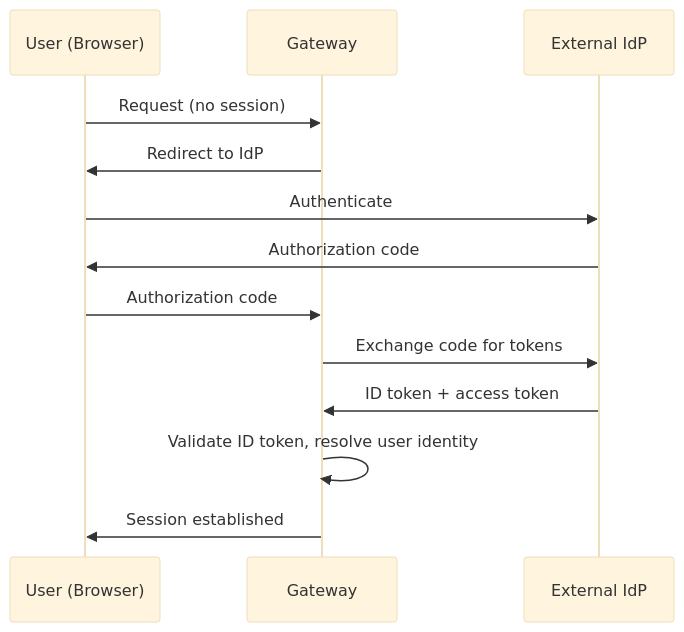
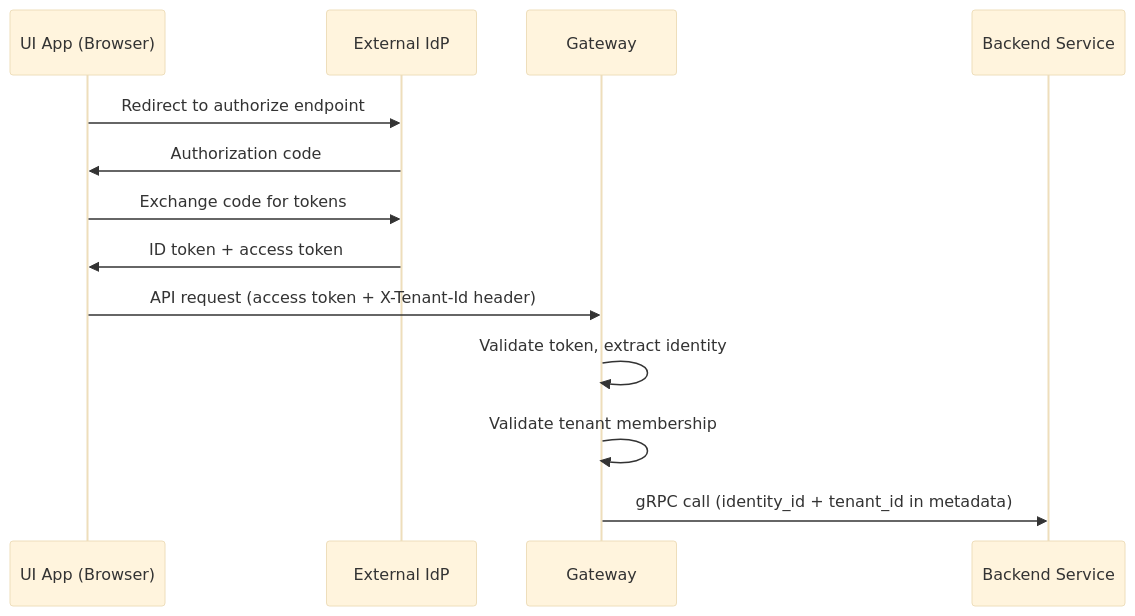
Before and after one commit to agynio/architecture: the first of 4 diagrams in architecture/authn.md, drawn with Mermaid (base theme). The commit also changed other lines of this file and 3 other files, not shown here.

First line of the commit message:
Refine auth flow, tenant selection, and add authorization open question

````diff
--- a/architecture/authn.md
+++ b/architecture/authn.md
@@ -34,16 +36,16 @@
 ```mermaid
 sequenceDiagram
-    participant U as User (Browser)
+    participant U as UI App (Browser)
+    participant IdP as External IdP
     participant GW as Gateway
-    participant IdP as External IdP
+    participant S as Backend Service
 
-    U->>GW: Request (no session)
-    GW->>U: Redirect to IdP
-    U->>IdP: Authenticate
+    U->>IdP: Redirect to authorize endpoint
     IdP->>U: Authorization code
-    U->>GW: Authorization code
-    GW->>IdP: Exchange code for tokens
-    IdP->>GW: ID token + access token
-    GW->>GW: Validate ID token, resolve user identity
-    GW->>U: Session established
+    U->>IdP: Exchange code for tokens
+    IdP->>U: ID token + access token
+    U->>GW: API request (access token + X-Tenant-Id header)
+    GW->>GW: Validate token, extract identity
+    GW->>GW: Validate tenant membership
+    GW->>S: gRPC call (identity_id + tenant_id in metadata)
 ```
````
